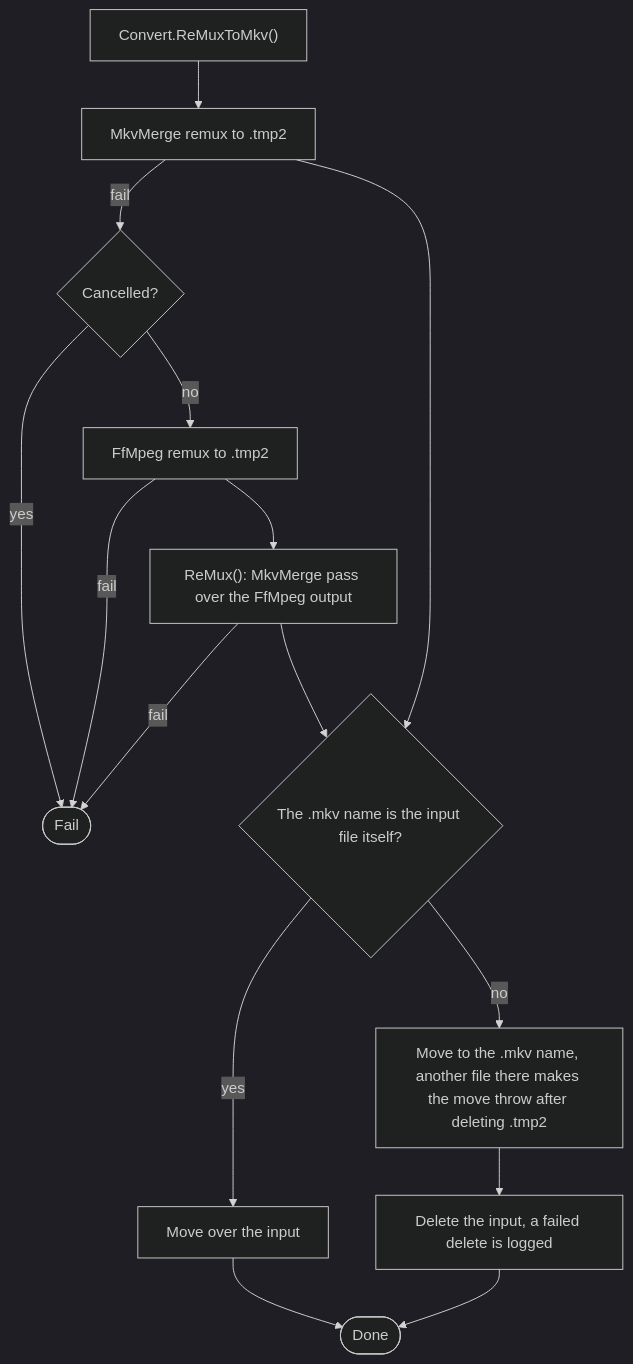
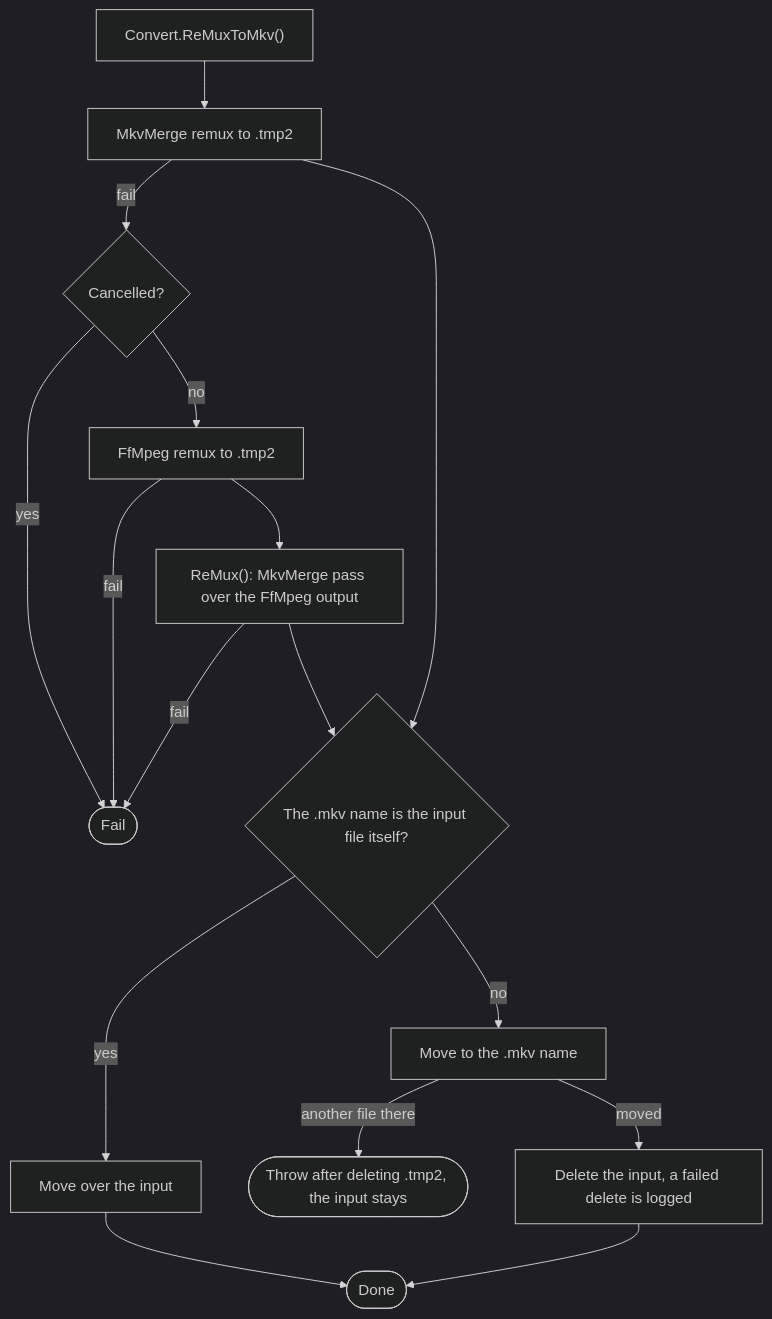
One commit to ptr727/PlexCleaner changed the fifth of 19 diagrams in ARCHITECTURE.md. Above: the diagram before and after it, drawn with Mermaid (dark theme). The commit also changed other lines of this file, not shown here.

Commit message:
Draw the Remux Move Failure and Scope the Write Check in ARCHITECTURE.md

````diff
--- a/ARCHITECTURE.md
+++ b/ARCHITECTURE.md
@@ -430,17 +430,18 @@
 ```mermaid
 flowchart TD
   X0["Convert.ReMuxToMkv()"] --> X1["MkvMerge remux to .tmp2"]
   X1 -->|fail| X2{"Cancelled?"}
   X2 -->|yes| XF(["Fail"])
   X2 -->|no| X3["FfMpeg remux to .tmp2"]
   X3 -->|fail| XF
   X3 --> X4["ReMux(): MkvMerge pass over the FfMpeg output"]
   X4 -->|fail| XF
   X1 --> X5{"The .mkv name is the input file itself?"}
   X4 --> X5
   X5 -->|yes| X6["Move over the input"]
-  X5 -->|no| X7["Move to the .mkv name, another file there makes the move throw after deleting .tmp2"]
-  X7 --> X8["Delete the input, a failed delete is logged"]
+  X5 -->|no| X7["Move to the .mkv name"]
+  X7 -->|"another file there"| XT(["Throw after deleting .tmp2, the input stays"])
+  X7 -->|moved| X8["Delete the input, a failed delete is logged"]
   X6 --> XOK(["Done"])
   X8 --> XOK
 ```
````
